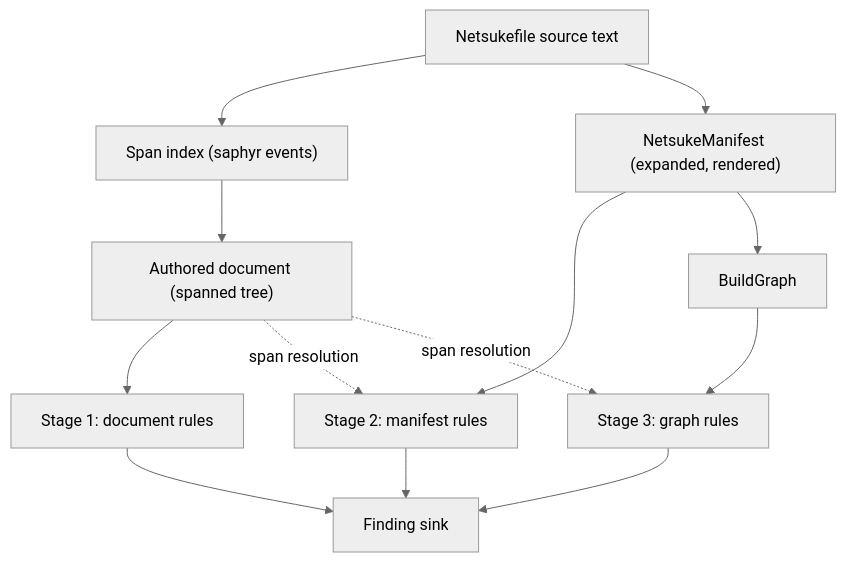
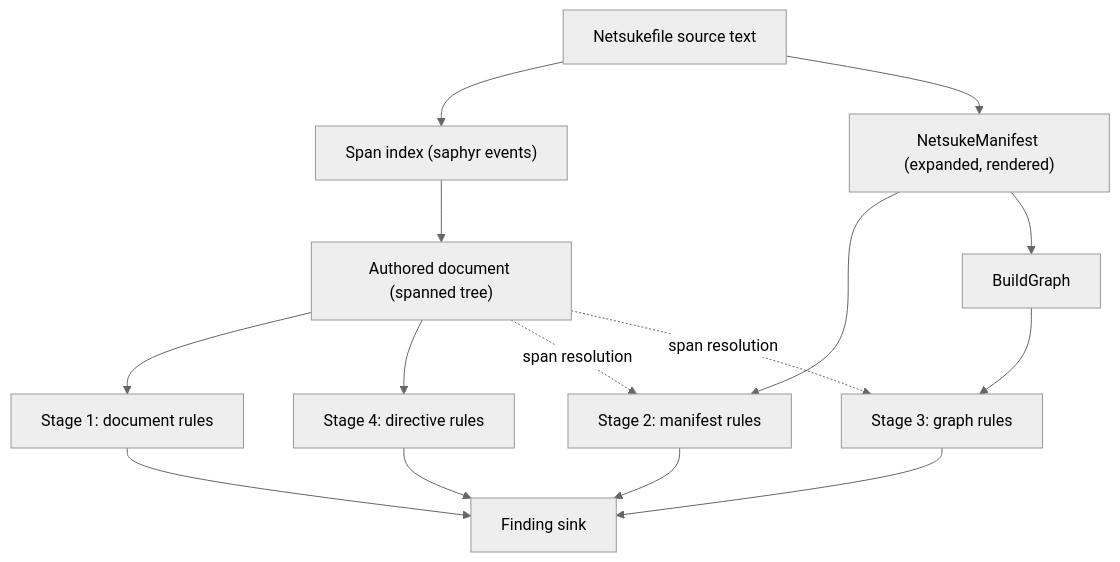
The diagram in docs/netsuke-linter-design.md (leynos/netsuke), drawn with Mermaid (neutral theme) before and after one commit. The commit also changed other lines of this file and 27 other files, not shown here.

````diff
--- a/docs/netsuke-linter-design.md
+++ b/docs/netsuke-linter-design.md
@@ -130,17 +131,19 @@
 ```mermaid
 flowchart TD
     SRC["Netsukefile source text"]
     IDX["Span index (saphyr events)"]
     DOC["Authored document (spanned tree)"]
     AST["NetsukeManifest (expanded, rendered)"]
     IR["BuildGraph"]
     S1["Stage 1: document rules"]
     S2["Stage 2: manifest rules"]
     S3["Stage 3: graph rules"]
+    S4["Stage 4: directive rules"]
     SINK["Finding sink"]
     SRC --> IDX --> DOC --> S1 --> SINK
     SRC --> AST --> S2 --> SINK
     AST --> IR --> S3 --> SINK
+    DOC --> S4 --> SINK
     DOC -. span resolution .-> S2
     DOC -. span resolution .-> S3
 ```
````
